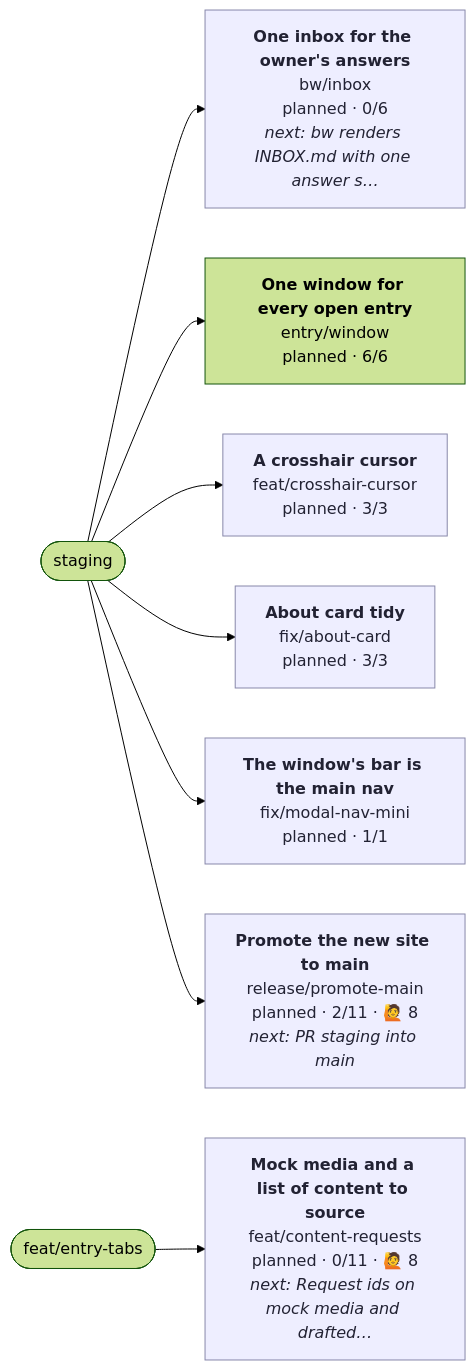
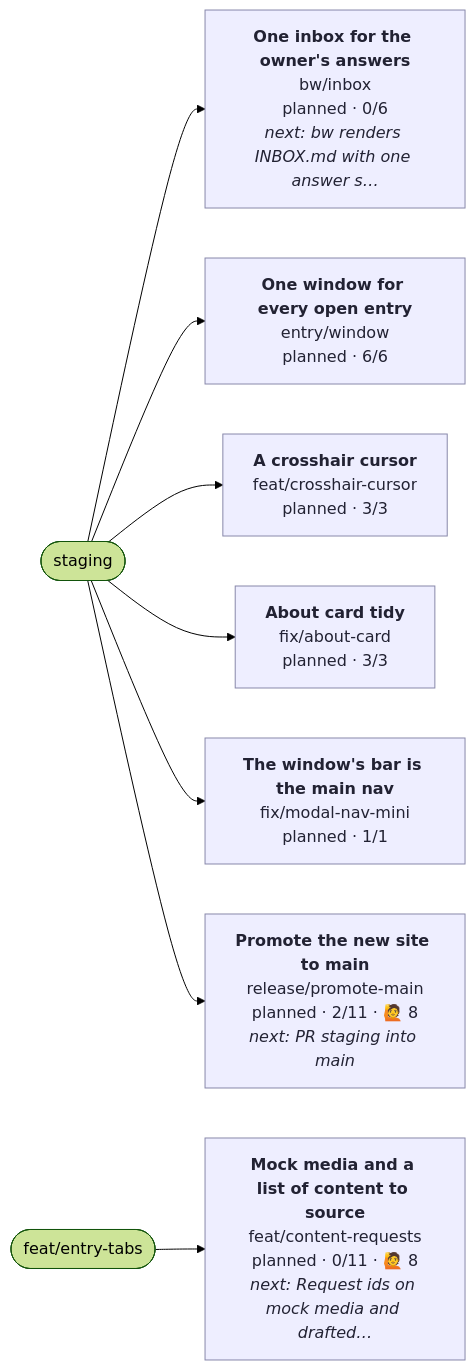
Before and after one commit to henryjonescodes/portfolio: the diagram in CONTRIBUTING.md, drawn with Mermaid (forest theme). The commit also changed other lines of this file, not shown here.

````diff
--- a/CONTRIBUTING.md
+++ b/CONTRIBUTING.md
@@ -17,31 +17,31 @@
 ```mermaid
 flowchart LR
   n_staging([staging])
   n_feat_entry_tabs([feat/entry-tabs])
   n_bw_inbox["<b>One inbox for the owner's answers</b><br/>bw/inbox<br/>planned · 0/6<br/><i>next: bw renders INBOX.md with one answer s…</i>"]
   class n_bw_inbox planned
   n_staging --> n_bw_inbox
   n_entry_window["<b>One window for every open entry</b><br/>entry/window<br/>planned · 6/6"]
-  class n_entry_window planned,current
+  class n_entry_window planned
   n_staging --> n_entry_window
   n_feat_content_requests["<b>Mock media and a list of content to source</b><br/>feat/content-requests<br/>planned · 0/11 · 🙋 8<br/><i>next: Request ids on mock media and drafted…</i>"]
   class n_feat_content_requests planned
   n_feat_entry_tabs --> n_feat_content_requests
   n_feat_crosshair_cursor["<b>A crosshair cursor</b><br/>feat/crosshair-cursor<br/>planned · 3/3"]
   class n_feat_crosshair_cursor planned
   n_staging --> n_feat_crosshair_cursor
   n_fix_about_card["<b>About card tidy</b><br/>fix/about-card<br/>planned · 3/3"]
   class n_fix_about_card planned
   n_staging --> n_fix_about_card
   n_fix_modal_nav_mini["<b>The window's bar is the main nav</b><br/>fix/modal-nav-mini<br/>planned · 1/1"]
   class n_fix_modal_nav_mini planned
   n_staging --> n_fix_modal_nav_mini
   n_release_promote_main["<b>Promote the new site to main</b><br/>release/promote-main<br/>planned · 2/11 · 🙋 8<br/><i>next: PR staging into main</i>"]
   class n_release_promote_main planned
   n_staging --> n_release_promote_main
   classDef planned fill:#eef,stroke:#88a,color:#223
   classDef active fill:#dfd,stroke:#3a3,stroke-width:3px,color:#132
   classDef blocked fill:#fdd,stroke:#c33,color:#311
   classDef review fill:#ffd,stroke:#cc3,color:#331
   classDef current stroke:#06c,stroke-width:4px
 ```
````
